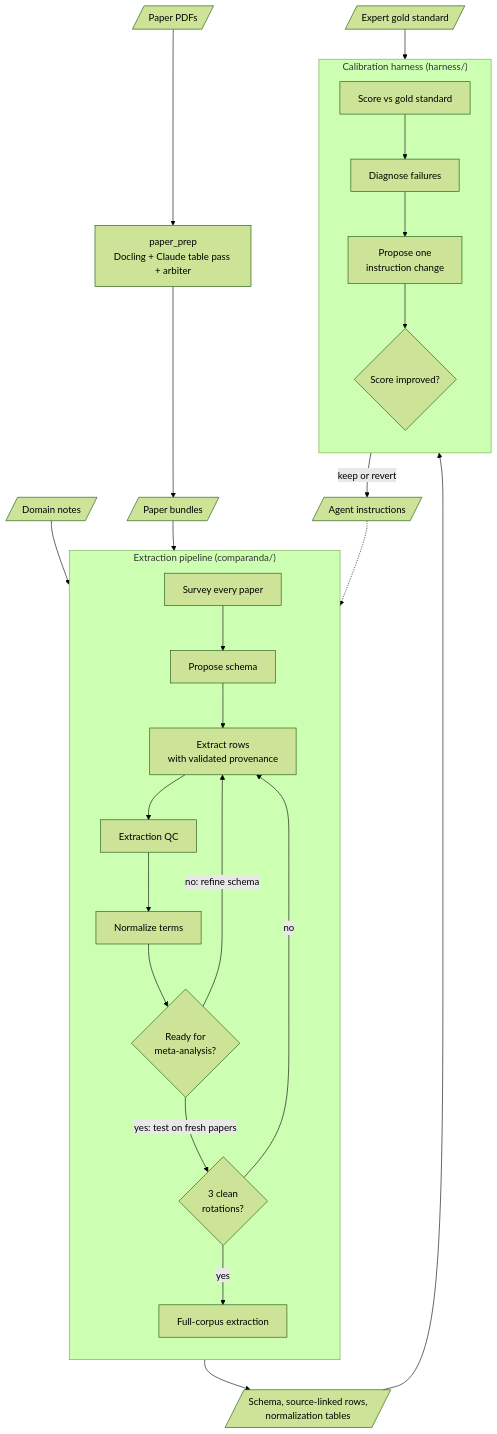
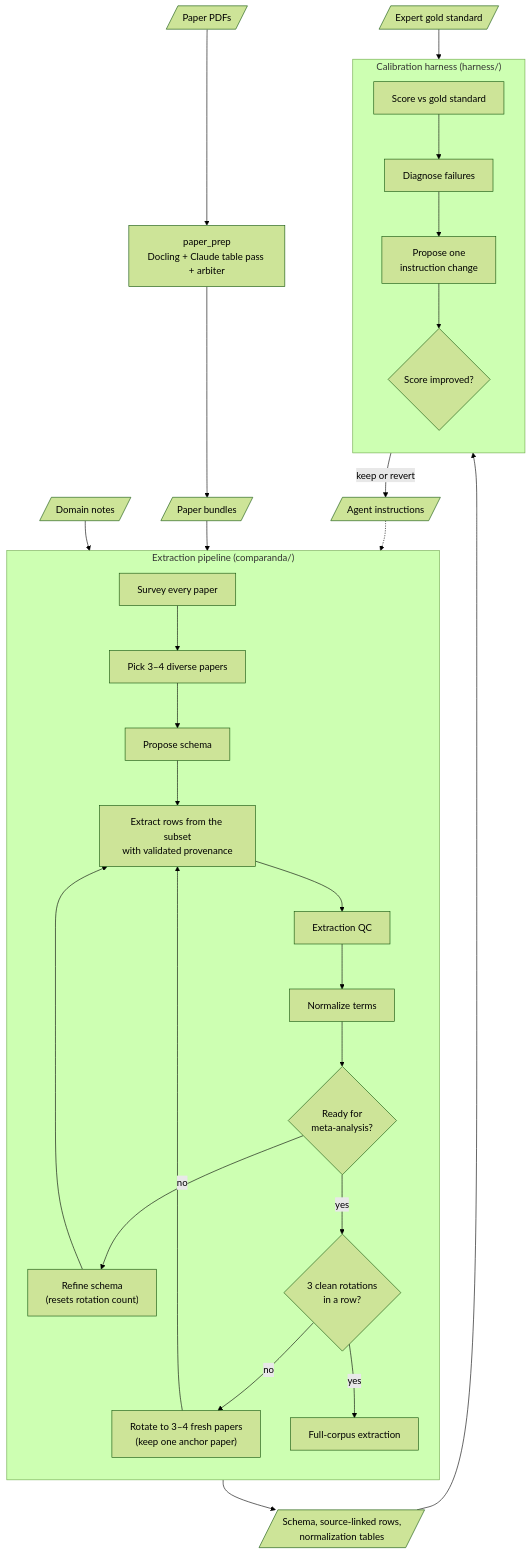
One commit to metacensus/comparanda changed the diagram in README.md. Above: the diagram before and after it, drawn with Mermaid (forest theme).

Commit message:
docs: show subset selection and rotation in system diagram

````diff
--- a/README.md
+++ b/README.md
@@ -14,33 +14,36 @@
 ```mermaid
 flowchart TB
     PDFs[/"Paper PDFs"/] --> Prep["paper_prep<br/>Docling + Claude table pass + arbiter"]
     Notes[/"Domain notes"/] --> Survey
     Prep --> Bundles[/"Paper bundles"/] --> Survey
 
     subgraph Pipeline["Extraction pipeline (comparanda/)"]
         direction TB
-        Survey["Survey every paper"] --> Schema["Propose schema"]
-        Schema --> Extract["Extract rows<br/>with validated provenance"]
+        Survey["Survey every paper"] --> Select["Pick 3–4 diverse papers"]
+        Select --> Schema["Propose schema"]
+        Schema --> Extract["Extract rows from the subset<br/>with validated provenance"]
         Extract --> QC["Extraction QC"]
         QC --> Normalize["Normalize terms"]
         Normalize --> Critique{"Ready for<br/>meta-analysis?"}
-        Critique -->|"no: refine schema"| Extract
-        Critique -->|"yes: test on fresh papers"| Rotate{"3 clean<br/>rotations?"}
-        Rotate -->|no| Extract
-        Rotate -->|yes| Full["Full-corpus extraction"]
+        Critique -->|"no"| Refine["Refine schema<br/>(resets rotation count)"]
+        Refine --> Extract
+        Critique -->|yes| Count{"3 clean rotations<br/>in a row?"}
+        Count -->|no| Rotate["Rotate to 3–4 fresh papers<br/>(keep one anchor paper)"]
+        Rotate --> Extract
+        Count -->|yes| Full["Full-corpus extraction"]
     end
 
     Full --> Out[/"Schema, source-linked rows,<br/>normalization tables"/]
 
     subgraph Harness["Calibration harness (harness/)"]
         direction TB
         Eval["Score vs gold standard"] --> Diagnose["Diagnose failures"]
         Diagnose --> Critic["Propose one<br/>instruction change"]
         Critic --> Keep{"Score improved?"}
     end
 
     Gold[/"Expert gold standard"/] --> Eval
     Out --> Eval
     Keep -->|"keep or revert"| Instr[/"Agent instructions"/]
     Instr -.-> Pipeline
 ```
````
